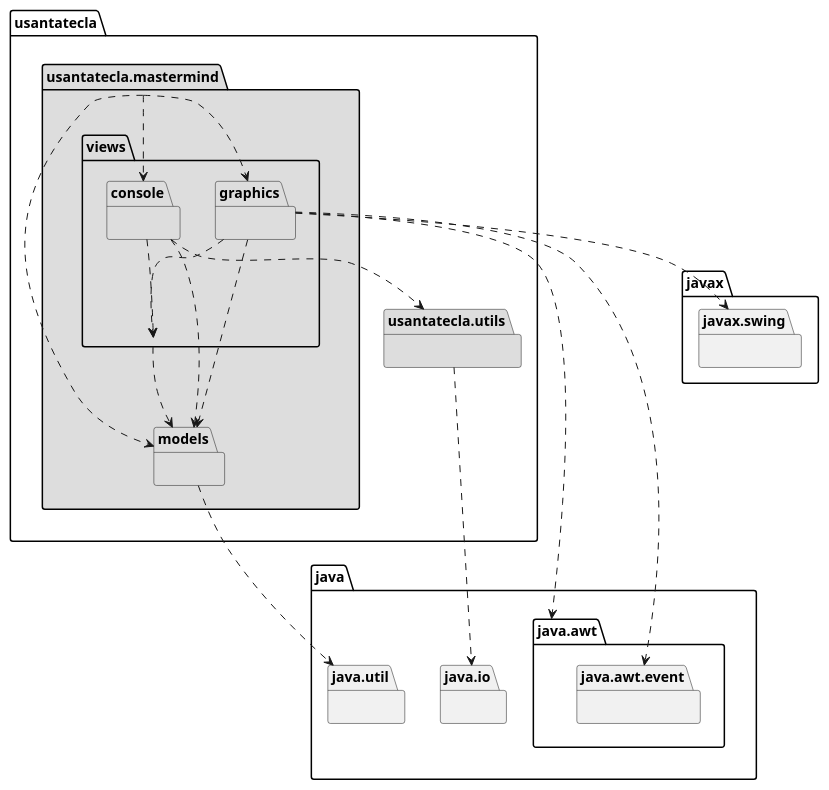
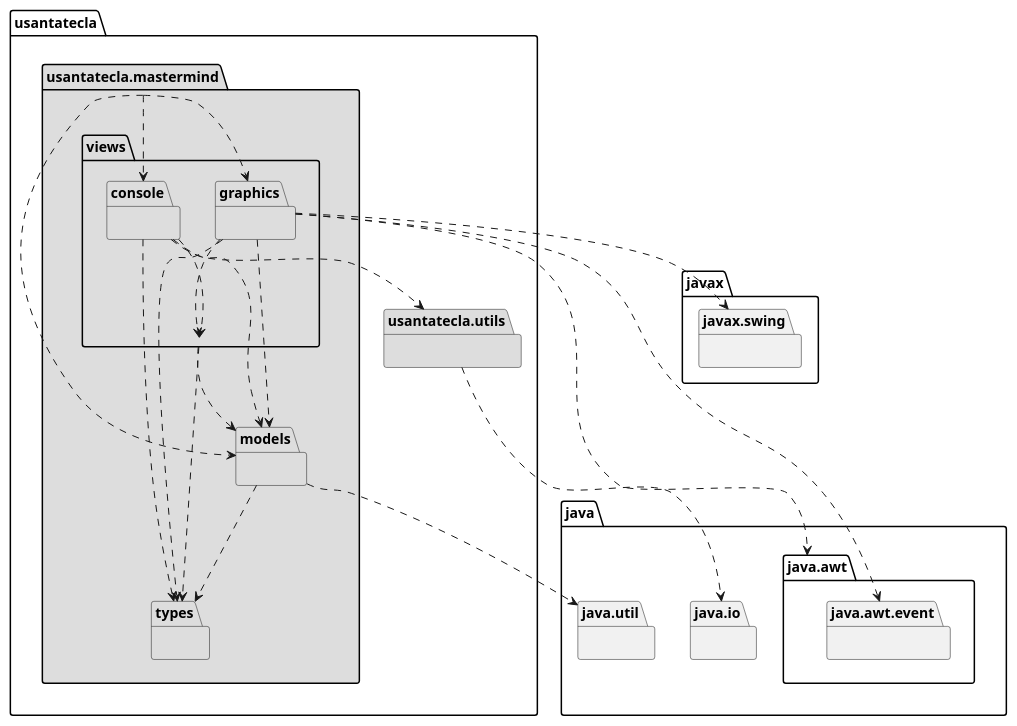
The diagram in documentView/withoutFactoryMethod/docs/diagrams/src/arquitectura.plantuml (SantaTecla-mastermind/solution.java.swing.socket.sql), drawn with PlantUML before and after one commit. The commit also changed 60 other files, not shown here.

```diff
--- a/documentView/withoutFactoryMethod/docs/diagrams/src/arquitectura.plantuml
+++ b/documentView/withoutFactoryMethod/docs/diagrams/src/arquitectura.plantuml
@@ -1,33 +1,38 @@
 @startuml arquitectura
 package usantatecla.mastermind #DDDDDD { }
 usantatecla.mastermind .down.> usantatecla.mastermind.views.console
 usantatecla.mastermind .down.> usantatecla.mastermind.views.graphics
 usantatecla.mastermind .down.> usantatecla.mastermind.models
 
 package usantatecla.mastermind.views #DDDDDD { }
 usantatecla.mastermind.views .down.> usantatecla.mastermind.models
+usantatecla.mastermind.views .down.> usantatecla.mastermind.types
 
 package usantatecla.mastermind.models #DDDDDD { }
+usantatecla.mastermind.models .down.> usantatecla.mastermind.types
+package usantatecla.mastermind.types #DDDDDD { }
 package java.util{ }
 usantatecla.mastermind.models .down.> java.util
 
 package usantatecla.utils #DDDDDD { }
 package java.io{ }
 usantatecla.utils .down.> java.io
 
 package usantatecla.mastermind.views.console #DDDDDD { }
 usantatecla.mastermind.views.console .down.> usantatecla.mastermind.models
+usantatecla.mastermind.views.console .down.> usantatecla.mastermind.types
 usantatecla.mastermind.views.console .down.> usantatecla.utils
 usantatecla.mastermind.views.console .down.> usantatecla.mastermind.views
 
 package usantatecla.mastermind.views.graphics #DDDDDD { }
 package java.awt{ }
 package java.awt.event{ }
 package javax.swing{ }
 usantatecla.mastermind.views.graphics .down.> usantatecla.mastermind.views
 usantatecla.mastermind.views.graphics .down.> usantatecla.mastermind.models
+usantatecla.mastermind.views.graphics .down.> usantatecla.mastermind.types
 usantatecla.mastermind.views.graphics .down.> java.awt
 usantatecla.mastermind.views.graphics .down.> java.awt.event
 usantatecla.mastermind.views.graphics .down.> javax.swing
 
 @enduml
```
